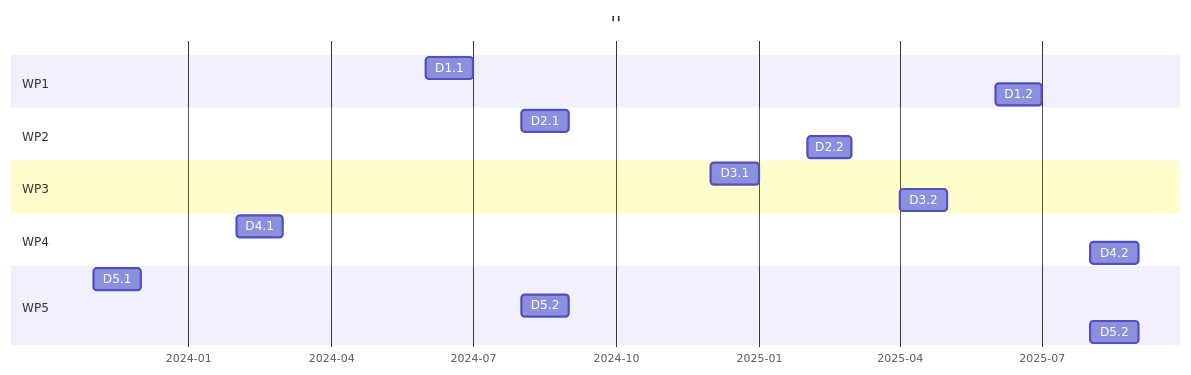
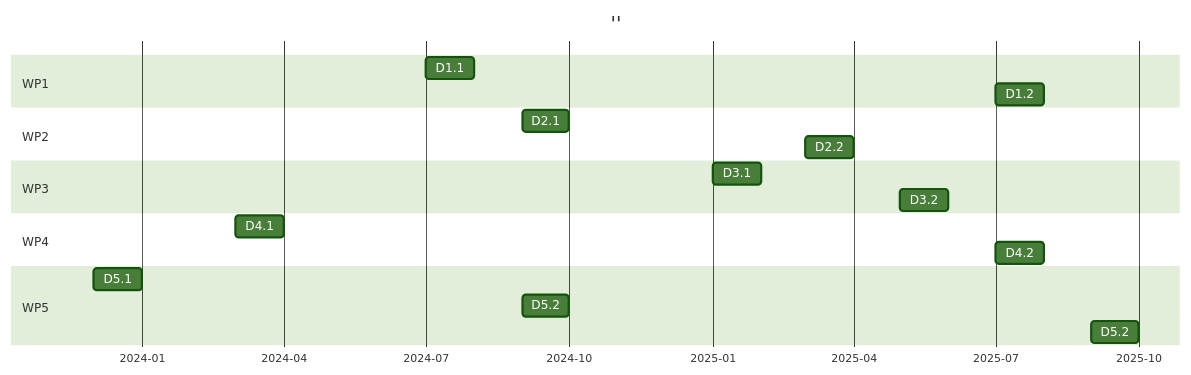
The diagram in content/deliverables/index.md (REWILD-FIRE/rewild_fire_website), drawn with Mermaid before and after one commit.

Commit message:
Update index.md
Change the dates of the project

````diff
--- a/content/deliverables/index.md
+++ b/content/deliverables/index.md
@@ -14,23 +14,23 @@
 ```mermaid
-%%{init: {'theme':'forest';font-size: 11px}}%%
+%%{init: {'theme':'forest'}}%%
 gantt
   title ''
   dateFormat  YYYY-MM
   axisFormat %Y-%m
   section WP1
-  D1.1     :a1, 2024-06, 1M
-  D1.2     :a2, 2025-06, 1M
+  D1.1     :a1, 2024-07, 1M
+  D1.2     :a2, 2025-07, 1M
   section WP2
-  D2.1     :a3, 2024-08, 1M
-  D2.2     :a4, 2025-02, 1M
+  D2.1     :a3, 2024-09, 1M
+  D2.2     :a4, 2025-03, 1M
   section WP3
-  D3.1     :a5, 2024-12, 1M
-  D3.2     :a6, 2025-04, 1M
+  D3.1     :a5, 2025-01, 1M
+  D3.2     :a6, 2025-05, 1M
   section WP4
-  D4.1     :a7, 2024-02, 1M
-  D4.2     :a8, 2025-08, 1M
+  D4.1     :a7, 2024-03, 1M
+  D4.2     :a8, 2025-07, 1M
   section WP5
-  D5.1     :a9, 2023-11, 1M
-  D5.2     :a10, 2024-08, 1M
-  D5.2     :a11, 2025-08, 1M
+  D5.1     :a9, 2023-12, 1M
+  D5.2     :a10, 2024-09, 1M
+  D5.2     :a11, 2025-09, 1M
 ```
````
